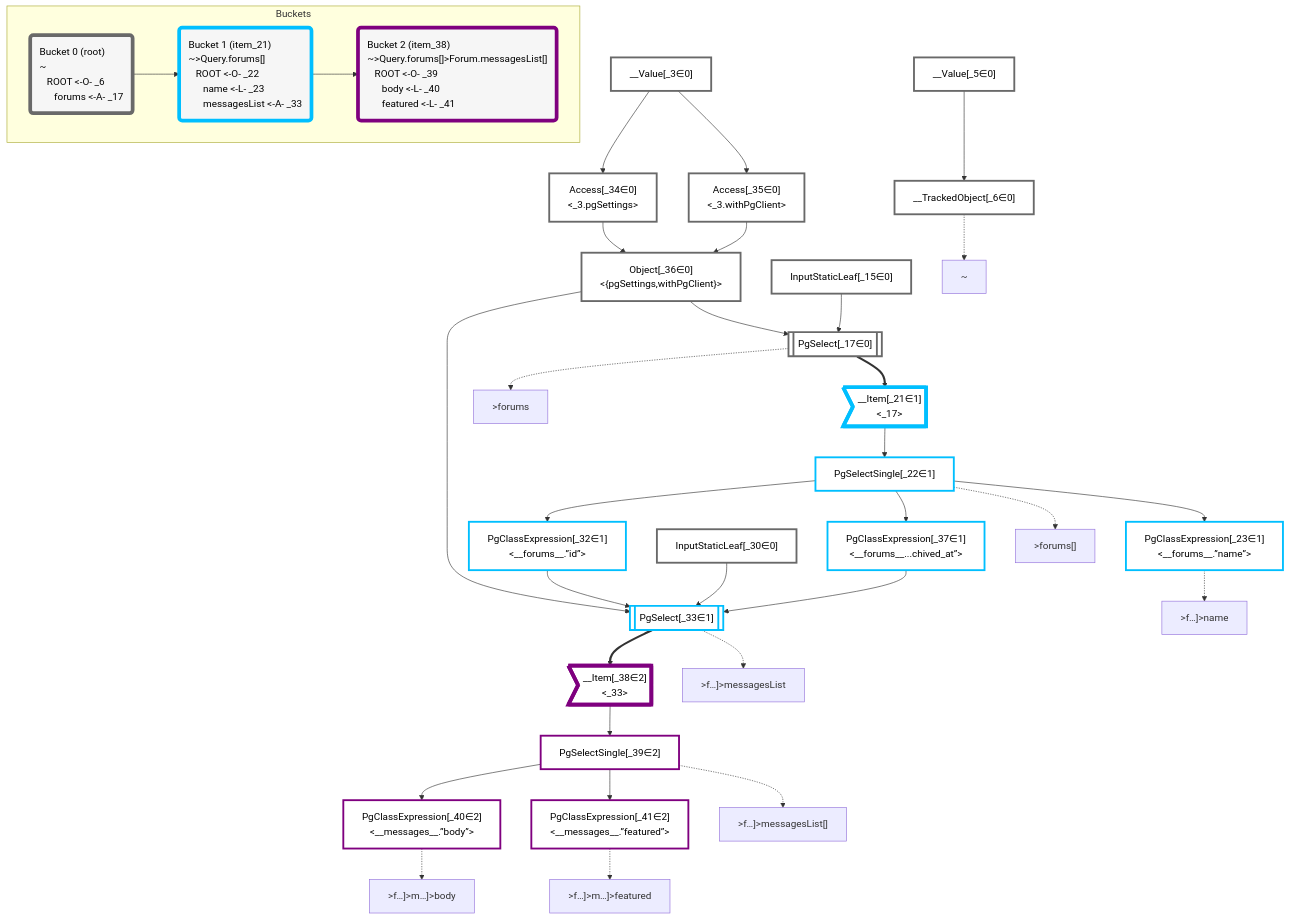
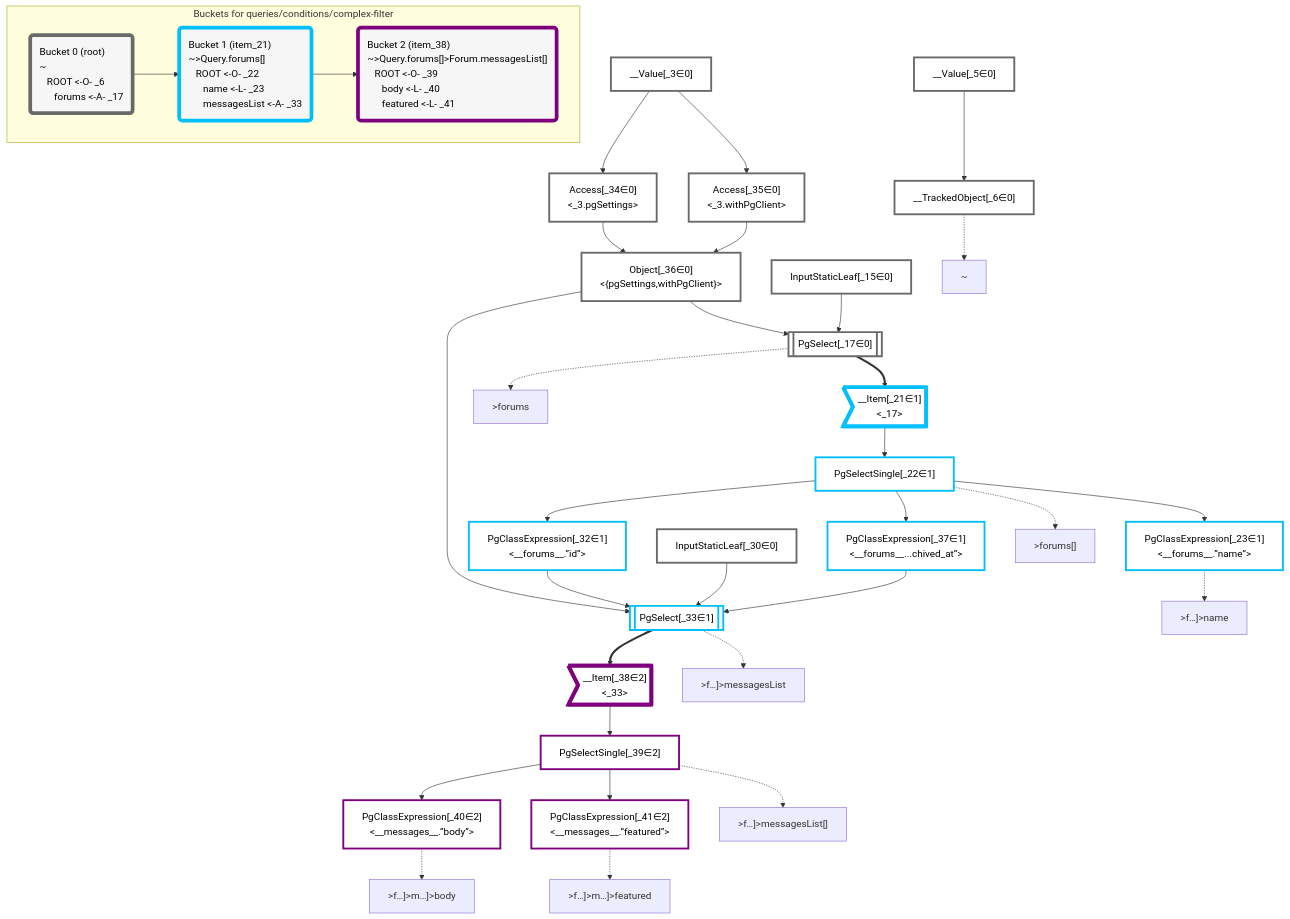
Before and after one commit to graphile/crystal: the diagram in packages/dataplan-pg/__tests__/queries/conditions/complex-filter.deopt.mermaid.md, drawn with Mermaid. The commit also changed 195 other files, not shown here.

```diff
--- a/packages/dataplan-pg/__tests__/queries/conditions/complex-filter.deopt.mermaid.md
+++ b/packages/dataplan-pg/__tests__/queries/conditions/complex-filter.deopt.mermaid.md
@@ -76,7 +76,7 @@
     classDef bucket2 stroke:#7f007f
     class __Item_38,PgSelectSingle_39,PgClassExpression_40,PgClassExpression_41 bucket2
 
-    subgraph Buckets
+    subgraph "Buckets for queries/conditions/complex-filter"
     Bucket0("Bucket 0 (root)<br />~<br />⠀ROOT <-O- _6<br />⠀⠀forums <-A- _17"):::bucket
     style Bucket0 stroke:#696969
     Bucket1("Bucket 1 (item_21)<br />~>Query.forums[]<br />⠀ROOT <-O- _22<br />⠀⠀name <-L- _23<br />⠀⠀messagesList <-A- _33"):::bucket
```
